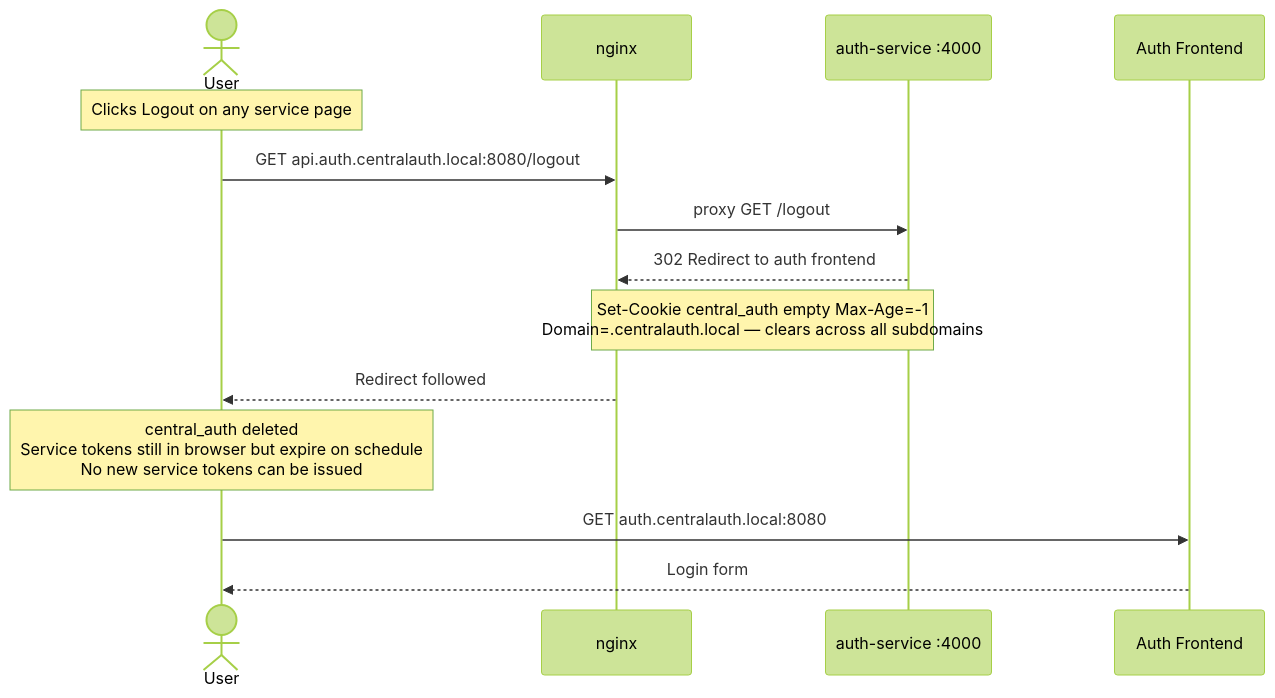
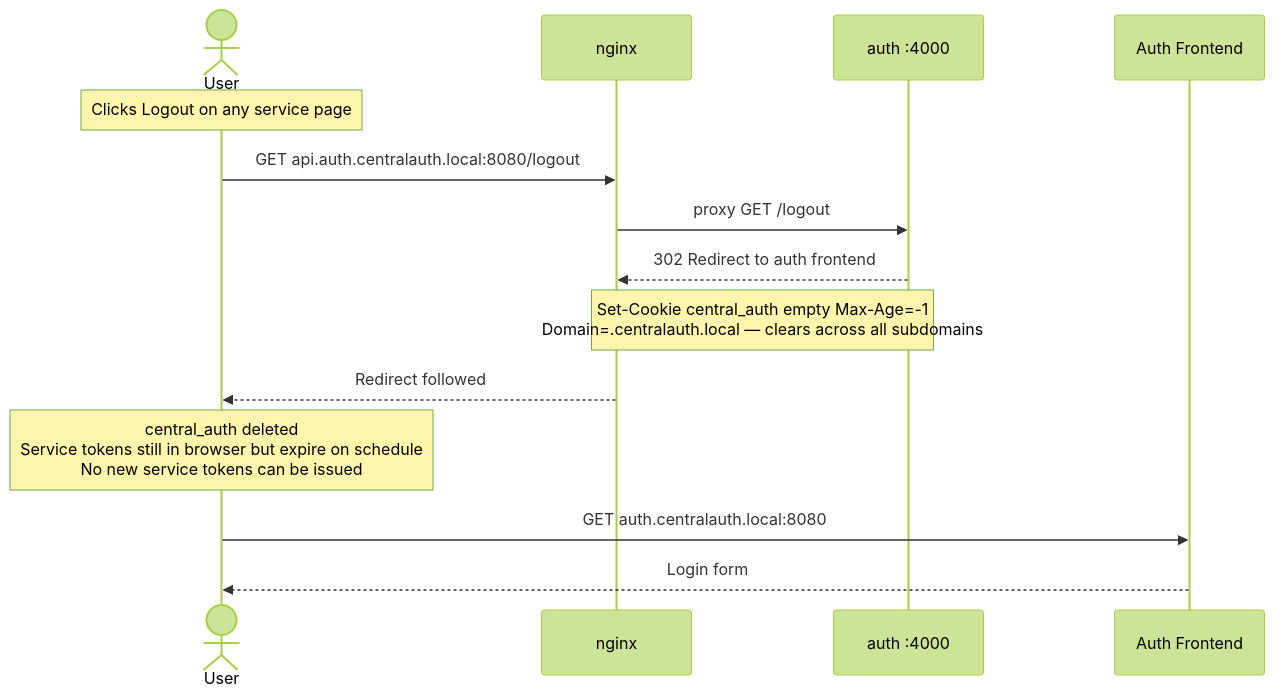
Diagram 15 of 15 in docs/architecture.md (dimiklabs/central-auth), drawn with Mermaid (forest theme) before and after one commit. The commit also changed other lines of this file and 88 other files, not shown here.

````diff
--- a/docs/architecture.md
+++ b/docs/architecture.md
@@ -482,20 +482,20 @@
 ```mermaid
 sequenceDiagram
     actor User
     participant N    as nginx
-    participant AU   as auth-service :4000
+    participant AU   as auth :4000
     participant AUTH as Auth Frontend
 
     Note over User: Clicks Logout on any service page
 
     User ->> N:   GET api.auth.centralauth.local:8080/logout
     N    ->> AU:  proxy GET /logout
     AU   -->> N:  302 Redirect to auth frontend
     Note over AU,N: Set-Cookie central_auth empty Max-Age=-1<br/>Domain=.centralauth.local — clears across all subdomains
     N    -->> User: Redirect followed
 
     Note over User: central_auth deleted<br/>Service tokens still in browser but expire on schedule<br/>No new service tokens can be issued
 
     User ->> AUTH: GET auth.centralauth.local:8080
     AUTH -->> User: Login form
 ```
````
